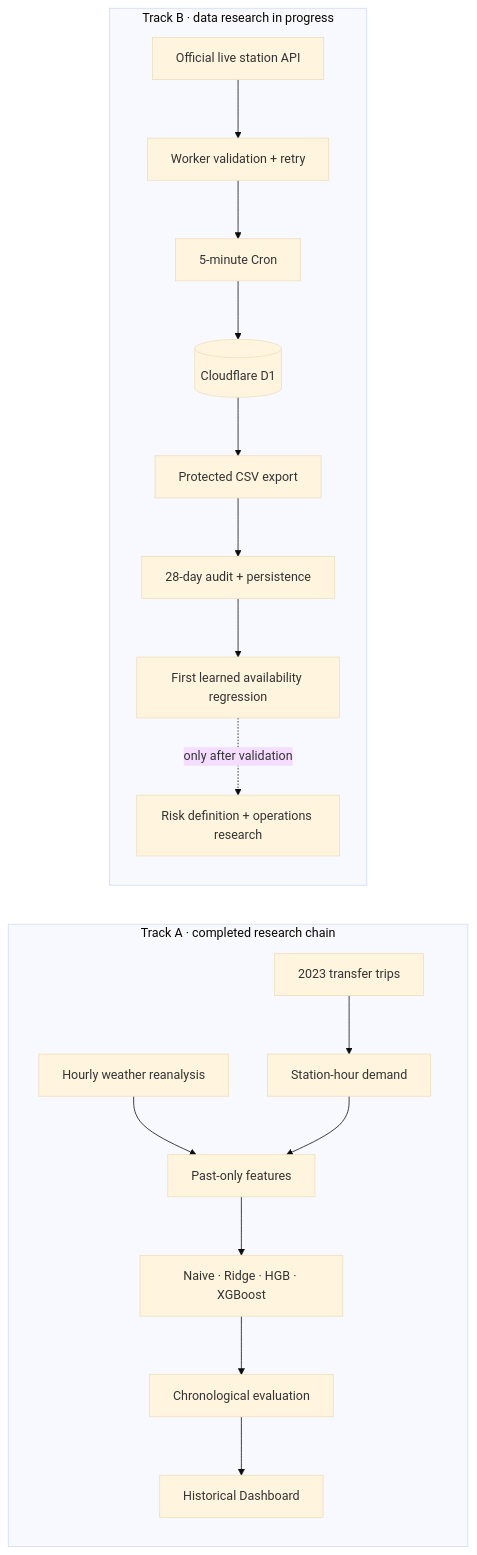
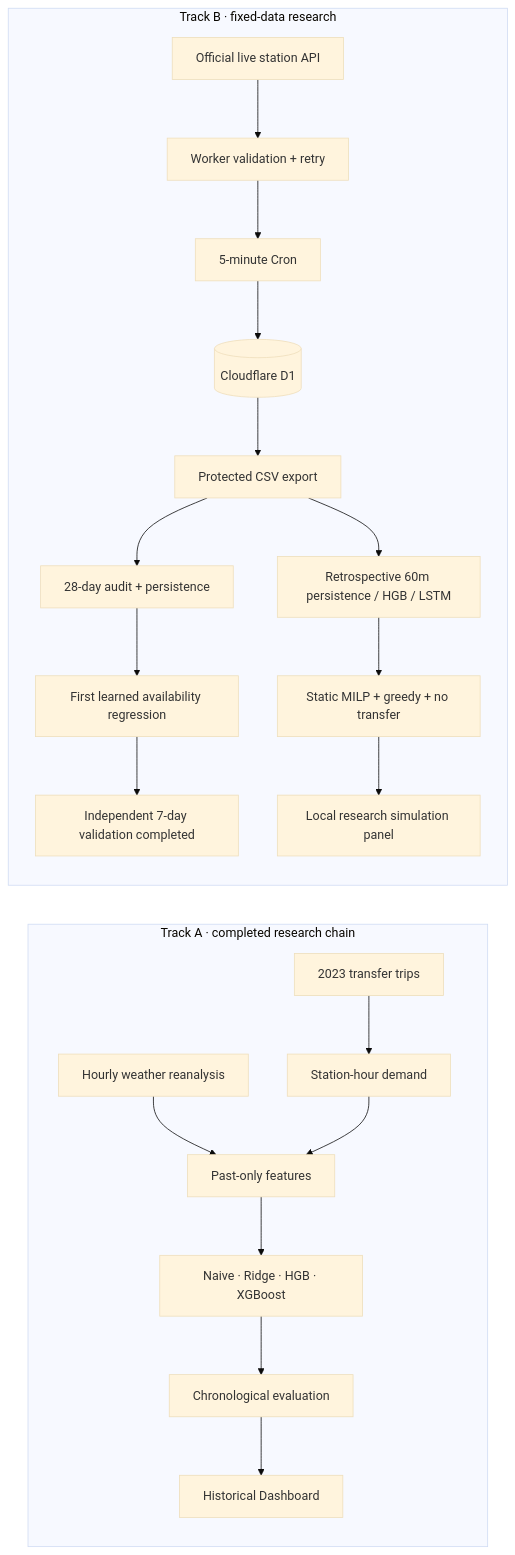
One commit to mieuxwei/youbike-demand-prediction changed the diagram in README.md. Above: the diagram before and after it, drawn with Mermaid (base theme). The commit also changed other lines of this file and 53 other files, not shown here.

Commit message:
research: preserve frozen Phase 3/4 and independent validation

````diff
--- a/README.md
+++ b/README.md
@@ -124,20 +151,23 @@
 ```mermaid
 flowchart LR
   subgraph A[Track A · completed research chain]
     A1[2023 transfer trips] --> A2[Station-hour demand]
     A3[Hourly weather reanalysis] --> A4[Past-only features]
     A2 --> A4 --> A5[Naive · Ridge · HGB · XGBoost]
     A5 --> A6[Chronological evaluation]
     A6 --> A7[Historical Dashboard]
   end
 
-  subgraph B[Track B · data research in progress]
+  subgraph B[Track B · fixed-data research]
     B1[Official live station API] --> B2[Worker validation + retry]
     B2 --> B3[5-minute Cron]
     B3 --> B4[(Cloudflare D1)]
     B4 --> B5[Protected CSV export]
     B5 --> B6[28-day audit + persistence]
     B6 --> B7[First learned availability regression]
-    B7 -. only after validation .-> B8[Risk definition + operations research]
+    B7 --> B8[Independent 7-day validation completed]
+    B5 --> B9[Retrospective 60m persistence / HGB / LSTM]
+    B9 --> B10[Static MILP + greedy + no transfer]
+    B10 --> B11[Local research simulation panel]
   end
 ```
````
